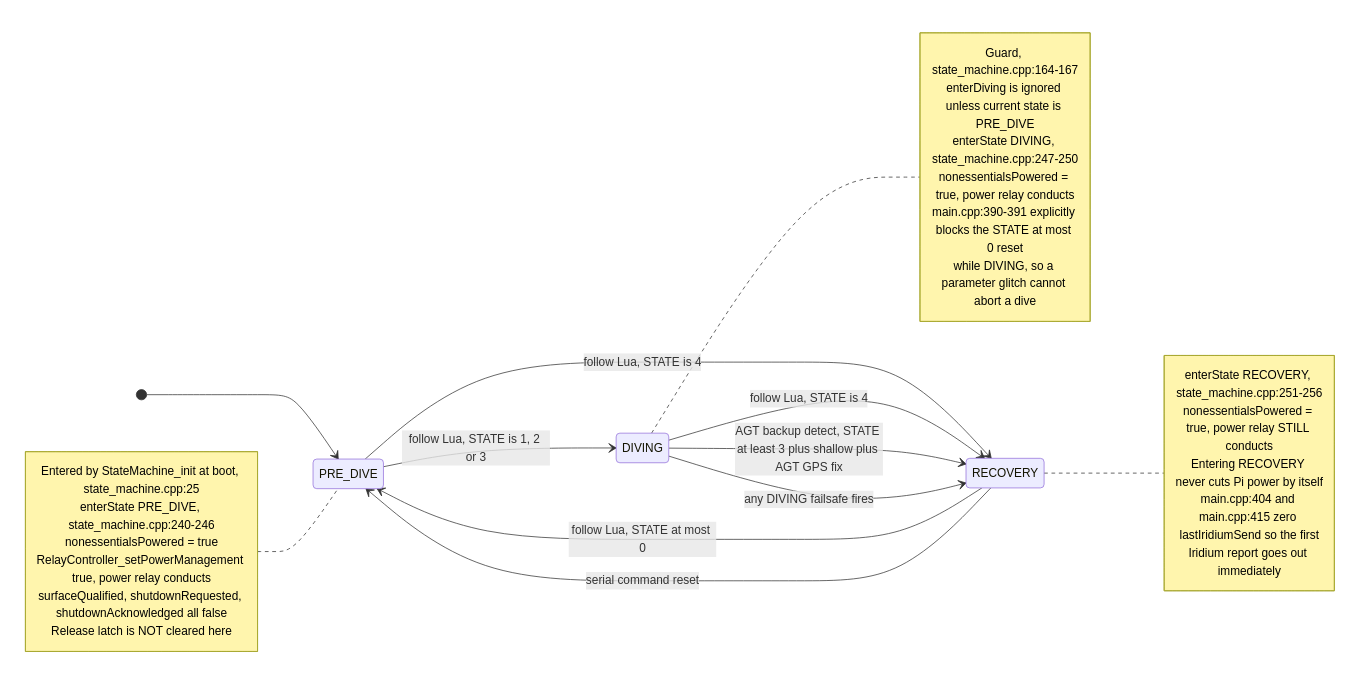
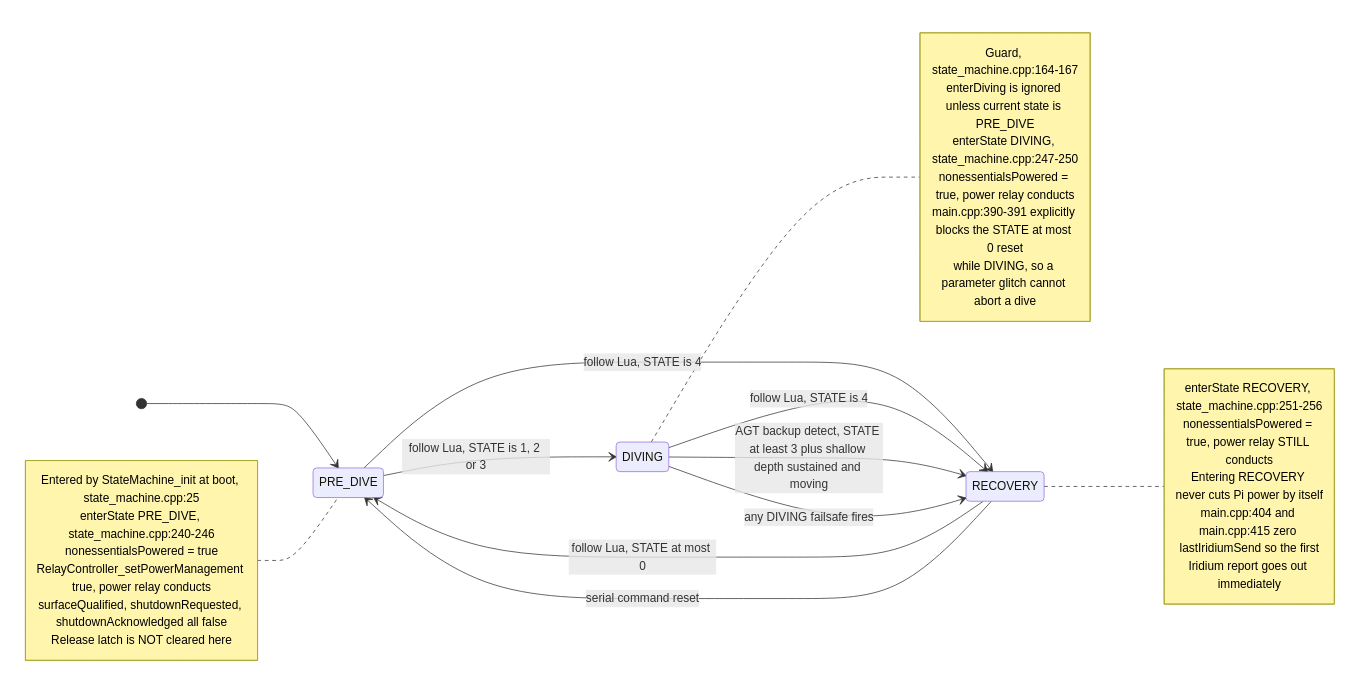
One commit to brianhBR/Doris-AGT-Firmware changed the first of 6 diagrams in docs/STATE_MACHINE_DIAGRAM.md. Above: the diagram before and after it, drawn with Mermaid. The commit also changed other lines of this file and 15 other files, not shown here.

````diff
--- a/docs/STATE_MACHINE_DIAGRAM.md
+++ b/docs/STATE_MACHINE_DIAGRAM.md
@@ -38,40 +38,40 @@
 ```mermaid
 stateDiagram-v2
     direction LR
 
     [*] --> PRE_DIVE
 
     PRE_DIVE --> DIVING : follow Lua, STATE is 1, 2 or 3
     PRE_DIVE --> RECOVERY : follow Lua, STATE is 4
     DIVING --> RECOVERY : follow Lua, STATE is 4
-    DIVING --> RECOVERY : AGT backup detect, STATE at least 3 plus shallow plus AGT GPS fix
+    DIVING --> RECOVERY : AGT backup detect, STATE at least 3 plus shallow depth sustained and moving
     DIVING --> RECOVERY : any DIVING failsafe fires
     RECOVERY --> PRE_DIVE : follow Lua, STATE at most 0
     RECOVERY --> PRE_DIVE : serial command reset
 
     note left of PRE_DIVE
         Entered by StateMachine_init at boot, state_machine.cpp:25
         enterState PRE_DIVE, state_machine.cpp:240-246
           nonessentialsPowered = true
           RelayController_setPowerManagement true, power relay conducts
           surfaceQualified, shutdownRequested, shutdownAcknowledged all false
         Release latch is NOT cleared here
     end note
 
     note right of DIVING
         Guard, state_machine.cpp:164-167
           enterDiving is ignored unless current state is PRE_DIVE
         enterState DIVING, state_machine.cpp:247-250
           nonessentialsPowered = true, power relay conducts
         main.cpp:390-391 explicitly blocks the STATE at most 0 reset
         while DIVING, so a parameter glitch cannot abort a dive
     end note
 
     note right of RECOVERY
         enterState RECOVERY, state_machine.cpp:251-256
           nonessentialsPowered = true, power relay STILL conducts
         Entering RECOVERY never cuts Pi power by itself
         main.cpp:404 and main.cpp:415 zero lastIridiumSend so the first
         Iridium report goes out immediately
     end note
 ```
````
